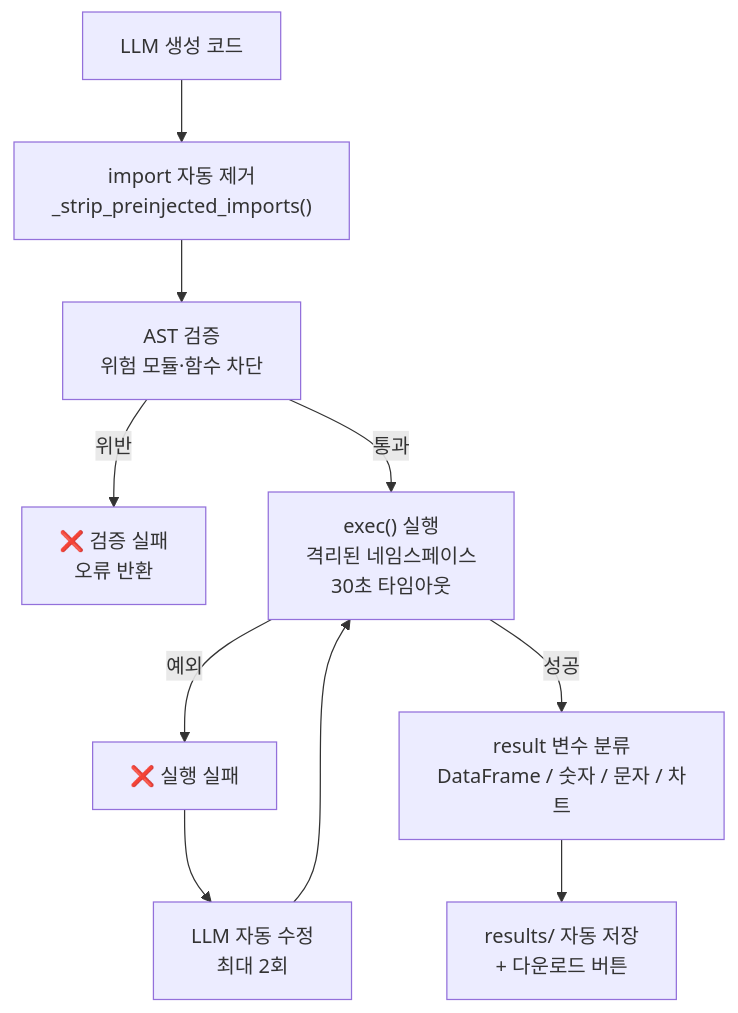
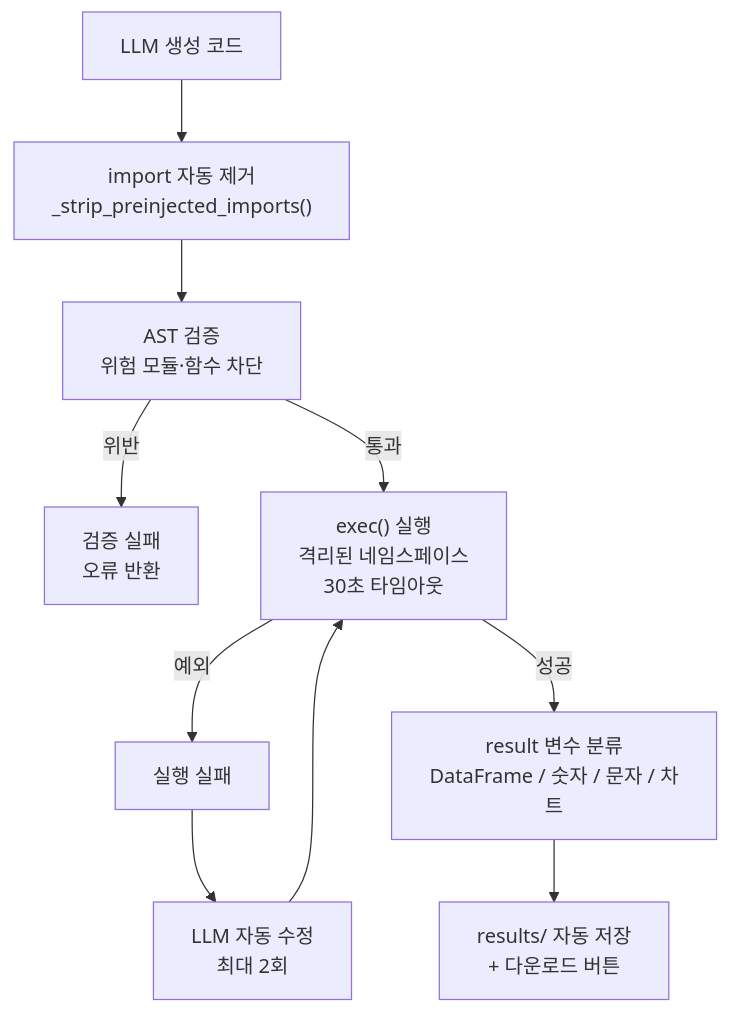
Before and after one commit to sayoon01/excel-ai-agent: the seventh of 10 diagrams in README.md, drawn with Mermaid. The commit also changed other lines of this file and 15 other files, not shown here.

````diff
--- a/README.md
+++ b/README.md
@@ -273,19 +341,19 @@
 ```mermaid
 flowchart TD
     Code["LLM 생성 코드"]
     Strip["import 자동 제거\n_strip_preinjected_imports()"]
     AST["AST 검증\n위험 모듈·함수 차단"]
-    Fail1["❌ 검증 실패\n오류 반환"]
+    Fail1["검증 실패\n오류 반환"]
     Exec["exec() 실행\n격리된 네임스페이스\n30초 타임아웃"]
-    Fail2["❌ 실행 실패"]
+    Fail2["실행 실패"]
     Retry["LLM 자동 수정\n최대 2회"]
     Result["result 변수 분류\nDataFrame / 숫자 / 문자 / 차트"]
     Save["results/ 자동 저장\n+ 다운로드 버튼"]
 
     Code --> Strip --> AST
     AST -->|위반| Fail1
     AST -->|통과| Exec
     Exec -->|예외| Fail2
     Fail2 --> Retry --> Exec
     Exec -->|성공| Result --> Save
 ```
````
